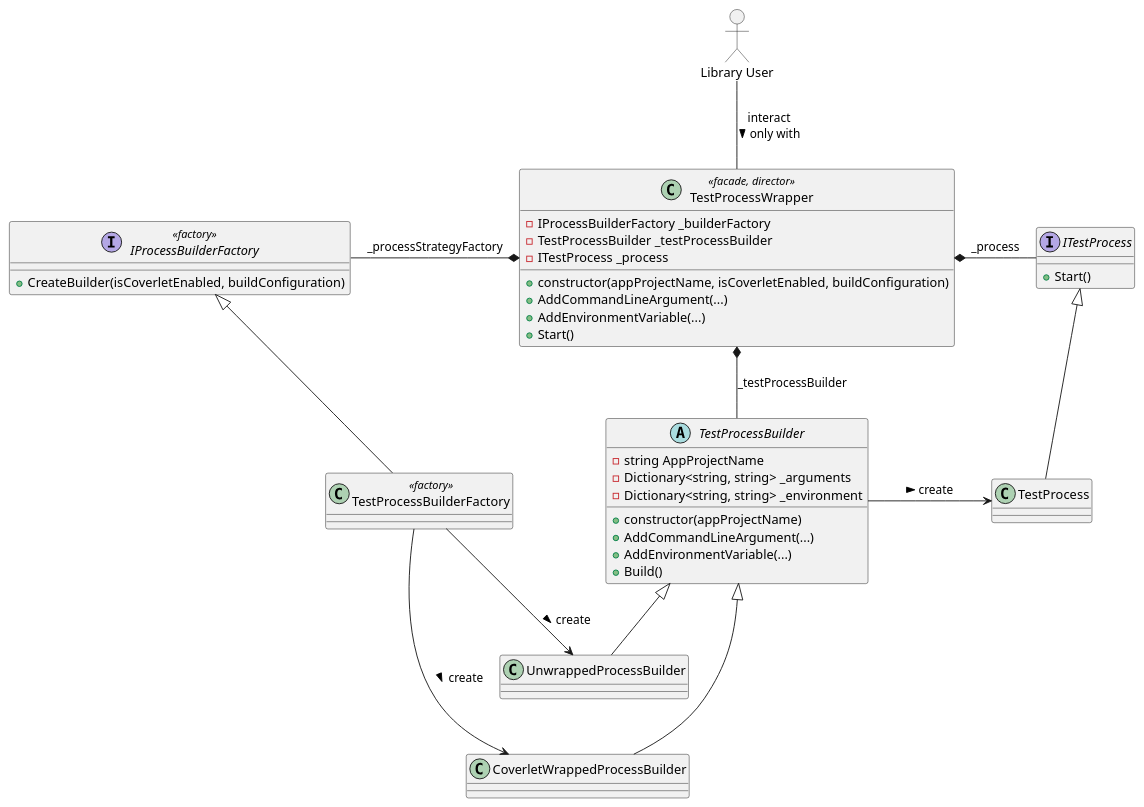
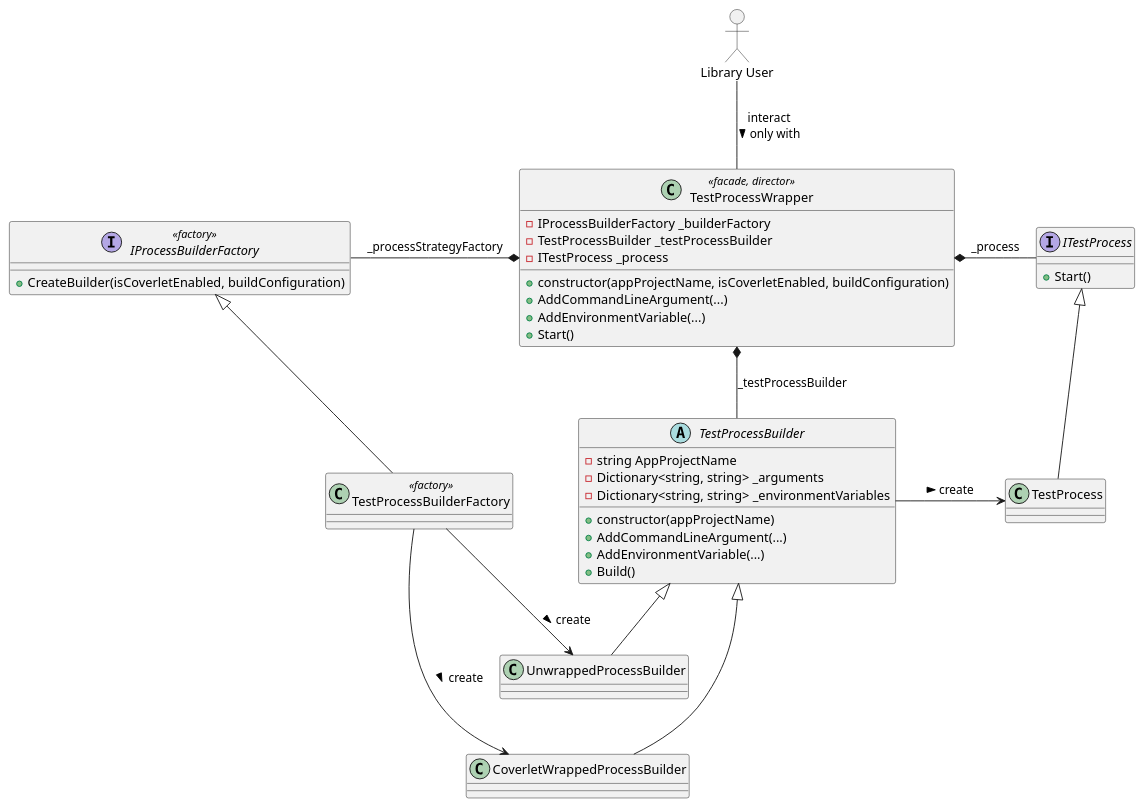
The diagram in docs/target_create_process.puml (wonderbird/TestProcessWrapper), drawn with PlantUML before and after one commit. The commit also changed 6 other files, not shown here.

Commit message:
refactor: move environment variables to TestProcessBuilder

```diff
--- a/docs/target_create_process.puml
+++ b/docs/target_create_process.puml
@@ -1,60 +1,60 @@
 @startuml
 allowmixing
 
 actor "Library User" as user
 
 class "TestProcessWrapper" as wrapper  << facade, director >> {
   - IProcessBuilderFactory _builderFactory
   - TestProcessBuilder _testProcessBuilder
   - ITestProcess _process
   
   + constructor(appProjectName, isCoverletEnabled, buildConfiguration)
   + AddCommandLineArgument(...)
   + AddEnvironmentVariable(...)
   + Start()
 }
 
 user -- wrapper : interact\nonly with >
 
 interface "IProcessBuilderFactory" as factory_if << factory >> {
   + CreateBuilder(isCoverletEnabled, buildConfiguration)
 }
 
 class "TestProcessBuilderFactory" as factory << factory >>
 factory_if <|-- factory
 
 factory_if -* wrapper : _processStrategyFactory
 
 abstract class "TestProcessBuilder" as builder {
   - string AppProjectName
   - Dictionary<string, string> _arguments
-  - Dictionary<string, string> _environment
+  - Dictionary<string, string> _environmentVariables
   + constructor(appProjectName)
   + AddCommandLineArgument(...)
   + AddEnvironmentVariable(...)
   + Build()
 }
 
 wrapper *- builder : _testProcessBuilder
 
 class "UnwrappedProcessBuilder" as process_builder
 builder <|-- process_builder
 factory --> process_builder : create >
 
 class "CoverletWrappedProcessBuilder" as coverlet_builder
 builder <|--- coverlet_builder
 factory ---> coverlet_builder : create >
 
 interface "ITestProcess" as process_if {
   + Start()
 }
 
 wrapper *- process_if : _process
 
 class "TestProcess" as process
 process_if <|-- process
 
 builder -> process : create >
 
 'factory_if ---- process_if
 @enduml
```
